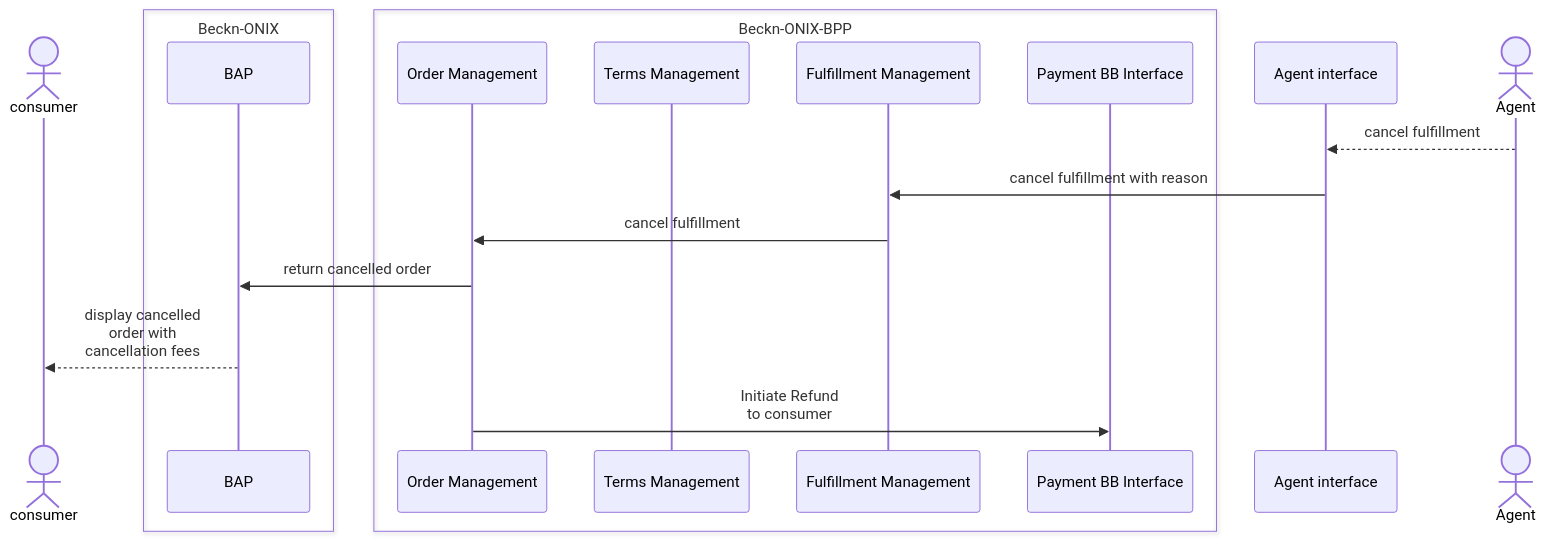
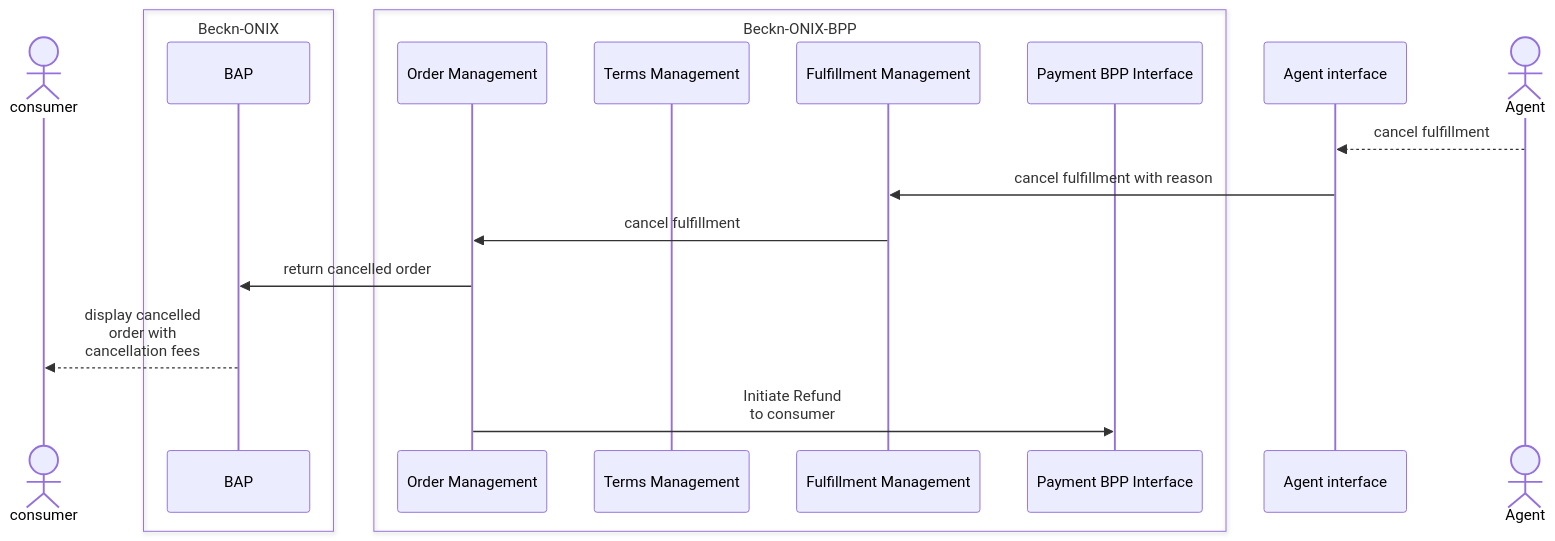
Before and after one commit to rajaneeshk90/gitbook-exp: diagram 14 of 17 in README.md, drawn with Mermaid. The commit also changed other lines of this file, not shown here.

````diff
--- a/README.md
+++ b/README.md
@@ -388,21 +374,21 @@
 ```mermaid
 sequenceDiagram
     Actor consumer
     box Beckn-ONIX
     participant BAP
     end
     box Beckn-ONIX-BPP
     participant Order Management
     participant Terms Management
     participant Fulfillment Management
-    participant Payment BB Interface
+    participant Payment BPP Interface
     end
     participant Agent interface
     Actor Agent
     Agent-->>Agent interface: cancel fulfillment
     Agent interface->>Fulfillment Management:cancel fulfillment with reason
     Fulfillment Management->>Order Management:cancel fulfillment
     Order Management->>BAP: return cancelled order
     BAP-->>consumer: display cancelled <br/> order with <br/> cancellation fees
-    Order Management->>Payment BB Interface: Initiate Refund <br/> to consumer
+    Order Management->>Payment BPP Interface: Initiate Refund <br/> to consumer
 ```
````
